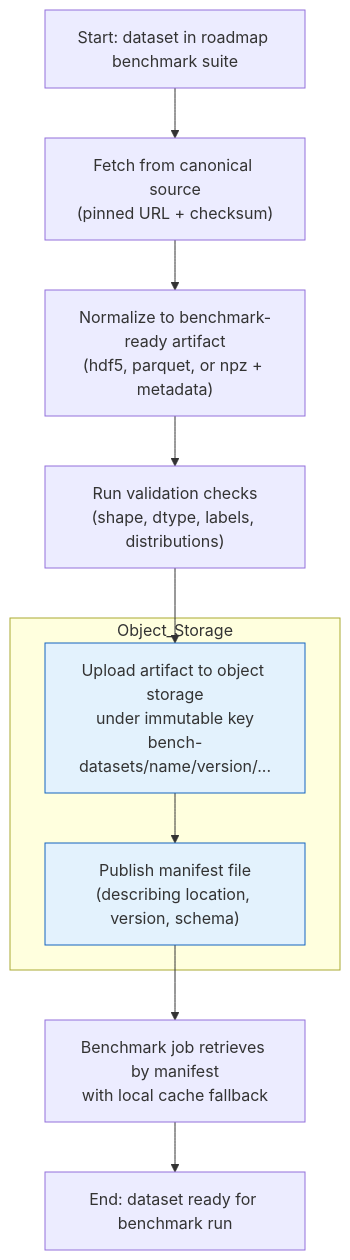
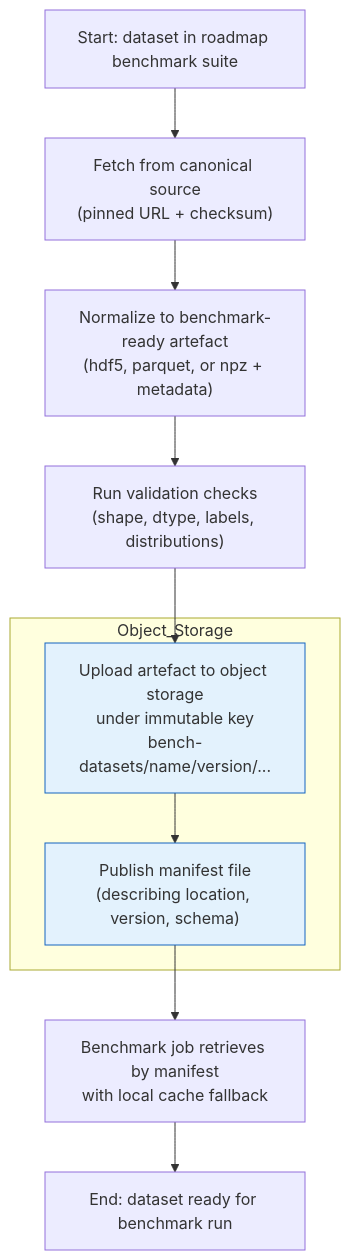
One commit to leynos/chutoro changed the diagram in docs/benchmark-dataset-retrieval.md. Above: the diagram before and after it, drawn with Mermaid. The commit also changed other lines of this file and 1 other file, not shown here.

First line of the commit message:
docs(benchmark-dataset-retrieval): revise and expand dataset retrieval and benchmarking documentation

````diff
--- a/docs/benchmark-dataset-retrieval.md
+++ b/docs/benchmark-dataset-retrieval.md
@@ -32,25 +33,25 @@
 ```mermaid
 flowchart TD
   A_Start["Start: dataset in roadmap benchmark suite"] --> B_Fetch["Fetch from canonical source
 (pinned URL + checksum)"]
-  B_Fetch --> C_Normalize["Normalize to benchmark-ready artifact
+  B_Fetch --> C_Normalize["Normalize to benchmark-ready artefact
 (hdf5, parquet, or npz + metadata)"]
   C_Normalize --> D_Validate["Run validation checks
 (shape, dtype, labels, distributions)"]
-  D_Validate --> E_Upload["Upload artifact to object storage
+  D_Validate --> E_Upload["Upload artefact to object storage
 under immutable key
 bench-datasets/name/version/..."]
   E_Upload --> F_Manifest["Publish manifest file
 (describing location, version, schema)"]
   F_Manifest --> G_Retrieve["Benchmark job retrieves by manifest
 with local cache fallback"]
   G_Retrieve --> H_End["End: dataset ready for benchmark run"]
 
   subgraph Object_Storage
     E_Upload
     F_Manifest
   end
 
   classDef storage fill:#e3f2fd,stroke:#1565c0,stroke-width:1px;
   class E_Upload,F_Manifest storage;
 ```
````
